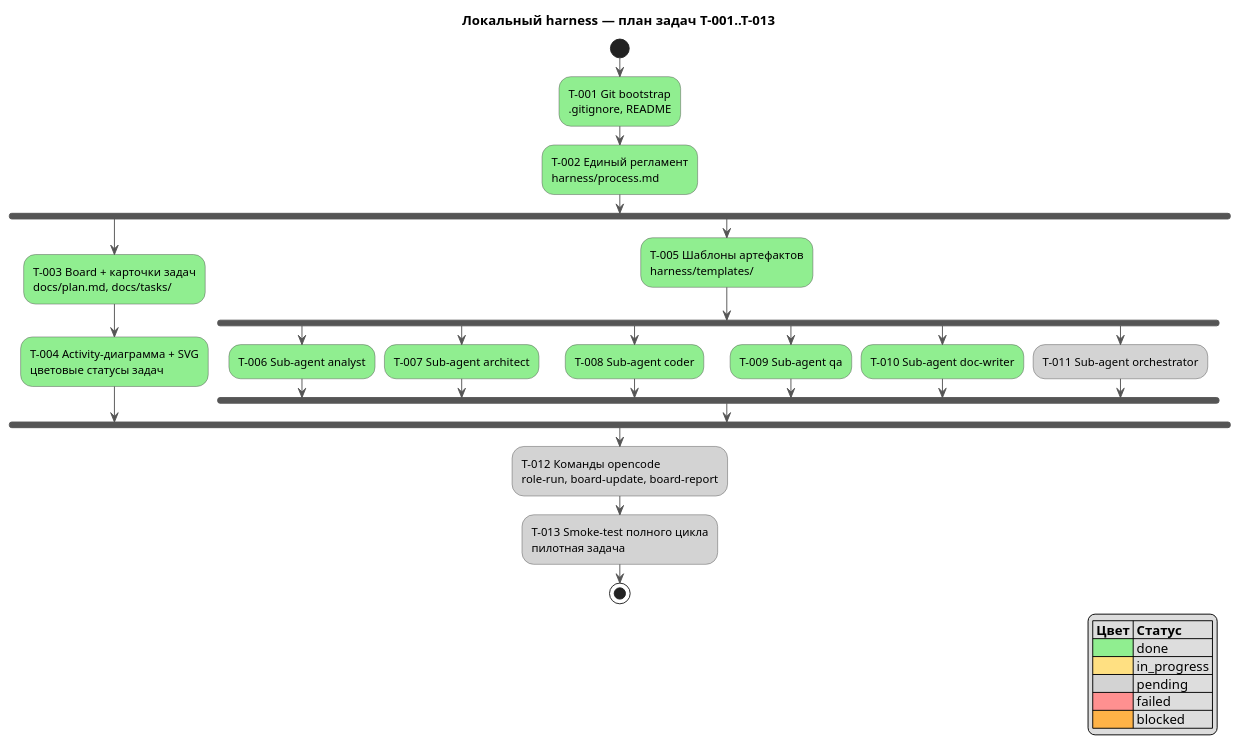
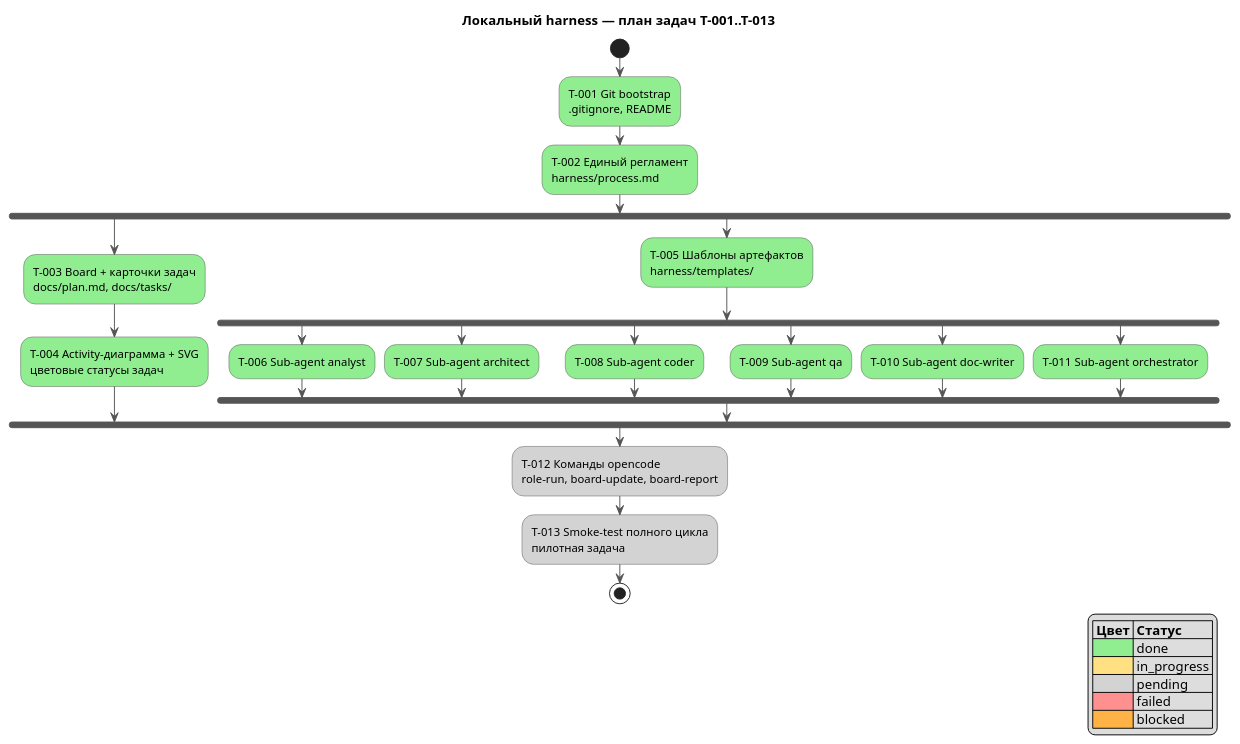
The diagram in docs/activity.puml (serge-sasov/harness), drawn with PlantUML before and after one commit. The commit also changed 5 other files, not shown here.

Commit message:
T-011: sub-agent orchestrator (qwen3.8:27b-64k)

```diff
--- a/docs/activity.puml
+++ b/docs/activity.puml
@@ -1,42 +1,42 @@
 @startuml
 skinparam defaultFontName Segoe UI
 skinparam ActivityBackgroundColor #FFFFFF
 skinparam ActivityBorderColor #555555
 skinparam ArrowColor #555555
 title Локальный harness — план задач T-001..T-013
 
 start
 #90EE90:T-001 Git bootstrap\n.gitignore, README;
 #90EE90:T-002 Единый регламент\nharness/process.md;
 fork
   #90EE90:T-003 Board + карточки задач\ndocs/plan.md, docs/tasks/;
   #90EE90:T-004 Activity-диаграмма + SVG\nцветовые статусы задач;
 fork again
   #90EE90:T-005 Шаблоны артефактов\nharness/templates/;
   fork
     #90EE90:T-006 Sub-agent analyst;
   fork again
     #90EE90:T-007 Sub-agent architect;
   fork again
     #90EE90:T-008 Sub-agent coder;
   fork again
     #90EE90:T-009 Sub-agent qa;
   fork again
     #90EE90:T-010 Sub-agent doc-writer;
   fork again
-    #D3D3D3:T-011 Sub-agent orchestrator;
+    #90EE90:T-011 Sub-agent orchestrator;
   end fork
 end fork
 #D3D3D3:T-012 Команды opencode\nrole-run, board-update, board-report;
 #D3D3D3:T-013 Smoke-test полного цикла\nпилотная задача;
 stop
 
 legend right
 |= Цвет |= Статус |
 |<#90EE90>| done |
 |<#FFE082>| in_progress |
 |<#D3D3D3>| pending |
 |<#FF9090>| failed |
 |<#FFB347>| blocked |
 endlegend
 @enduml
```
